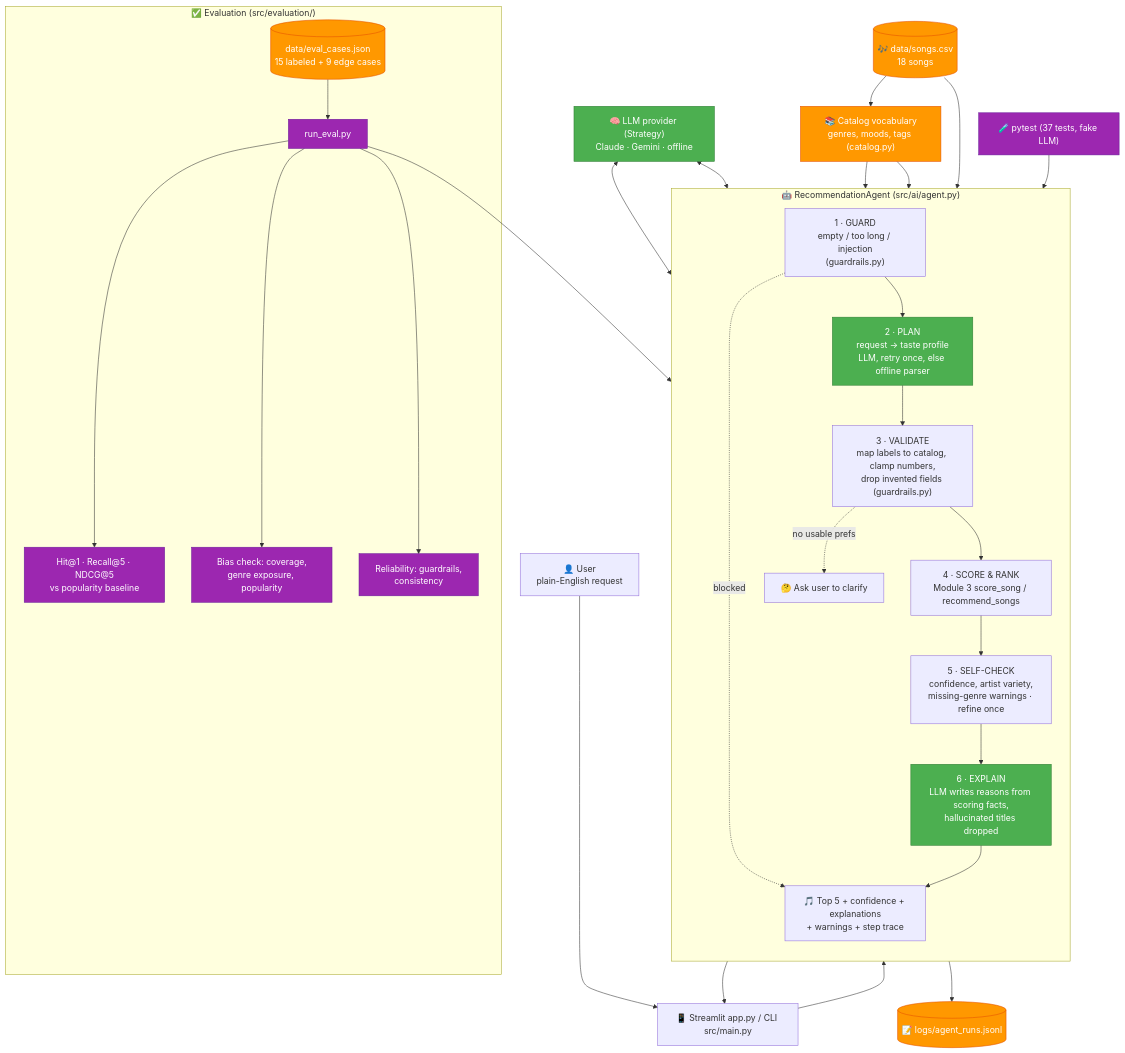
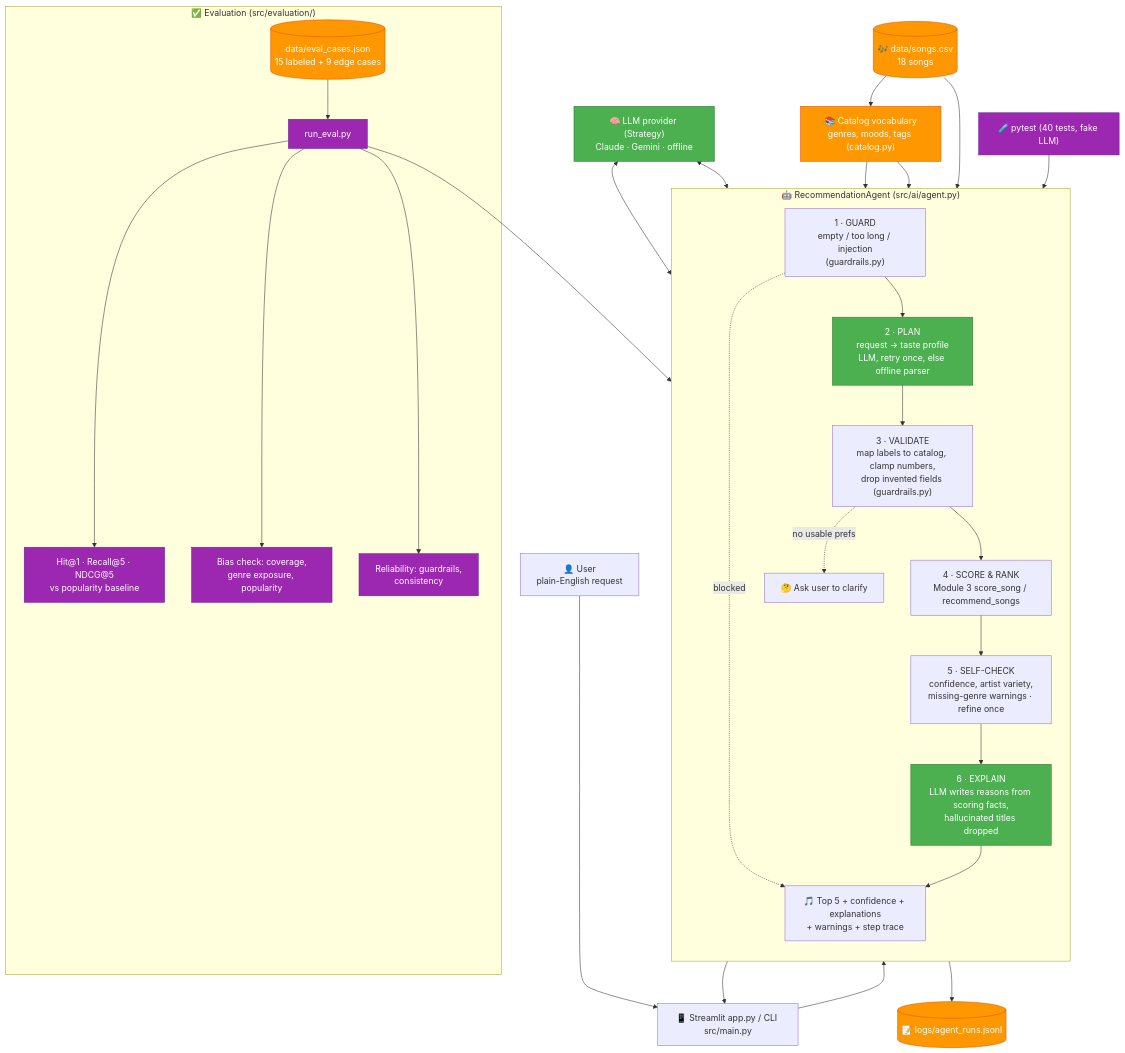
The diagram in diagrams/architecture.mmd (zloy-bobr/applied-ai-system-project), drawn with Mermaid before and after one commit. The commit also changed 7 other files, not shown here.

```diff
--- a/diagrams/architecture.mmd
+++ b/diagrams/architecture.mmd
@@ -1,43 +1,43 @@
 flowchart TD
     User["👤 User<br/>plain-English request"] --> UI["📱 Streamlit app.py / CLI src/main.py"]
     UI --> Agent
 
     subgraph Agent["🤖 RecommendationAgent (src/ai/agent.py)"]
         direction TB
         G["1 · GUARD<br/>empty / too long / injection<br/>(guardrails.py)"]
         P["2 · PLAN<br/>request → taste profile<br/>LLM, retry once, else offline parser"]
         V["3 · VALIDATE<br/>map labels to catalog, clamp numbers,<br/>drop invented fields (guardrails.py)"]
         S["4 · SCORE & RANK<br/>Module 3 score_song / recommend_songs"]
         C["5 · SELF-CHECK<br/>confidence, artist variety,<br/>missing-genre warnings · refine once"]
         E["6 · EXPLAIN<br/>LLM writes reasons from scoring facts,<br/>hallucinated titles dropped"]
         G --> P --> V --> S --> C --> E
         G -. blocked .-> Out
         V -. no usable prefs .-> Clarify["🤔 Ask user to clarify"]
     end
 
     LLM["🧠 LLM provider (Strategy)<br/>Claude · Gemini · offline"] <--> P
     LLM <--> E
     Vocab["📚 Catalog vocabulary<br/>genres, moods, tags (catalog.py)"] --> P
     Vocab --> V
     Songs[("🎶 data/songs.csv<br/>18 songs")] --> Vocab
     Songs --> S
 
     E --> Out["🎵 Top 5 + confidence + explanations<br/>+ warnings + step trace"]
     Out --> UI
     Agent --> Log[("📝 logs/agent_runs.jsonl")]
 
     subgraph Eval["✅ Evaluation (src/evaluation/)"]
         Cases[("data/eval_cases.json<br/>15 labeled + 9 edge cases")] --> Harness["run_eval.py"]
         Harness --> Metrics["Hit@1 · Recall@5 · NDCG@5<br/>vs popularity baseline"]
         Harness --> Bias["Bias check: coverage,<br/>genre exposure, popularity"]
         Harness --> Rel["Reliability: guardrails,<br/>consistency"]
     end
     Harness --> Agent
-    Tests["🧪 pytest (37 tests, fake LLM)"] --> Agent
+    Tests["🧪 pytest (40 tests, fake LLM)"] --> Agent
 
     classDef ai fill:#4CAF50,stroke:#2E7D32,color:#fff
     classDef data fill:#FF9800,stroke:#E65100,color:#fff
     classDef eval fill:#9C27B0,stroke:#6A1B9A,color:#fff
     class P,E,LLM ai
     class Songs,Vocab,Cases,Log data
     class Harness,Metrics,Bias,Rel,Tests eval
```
